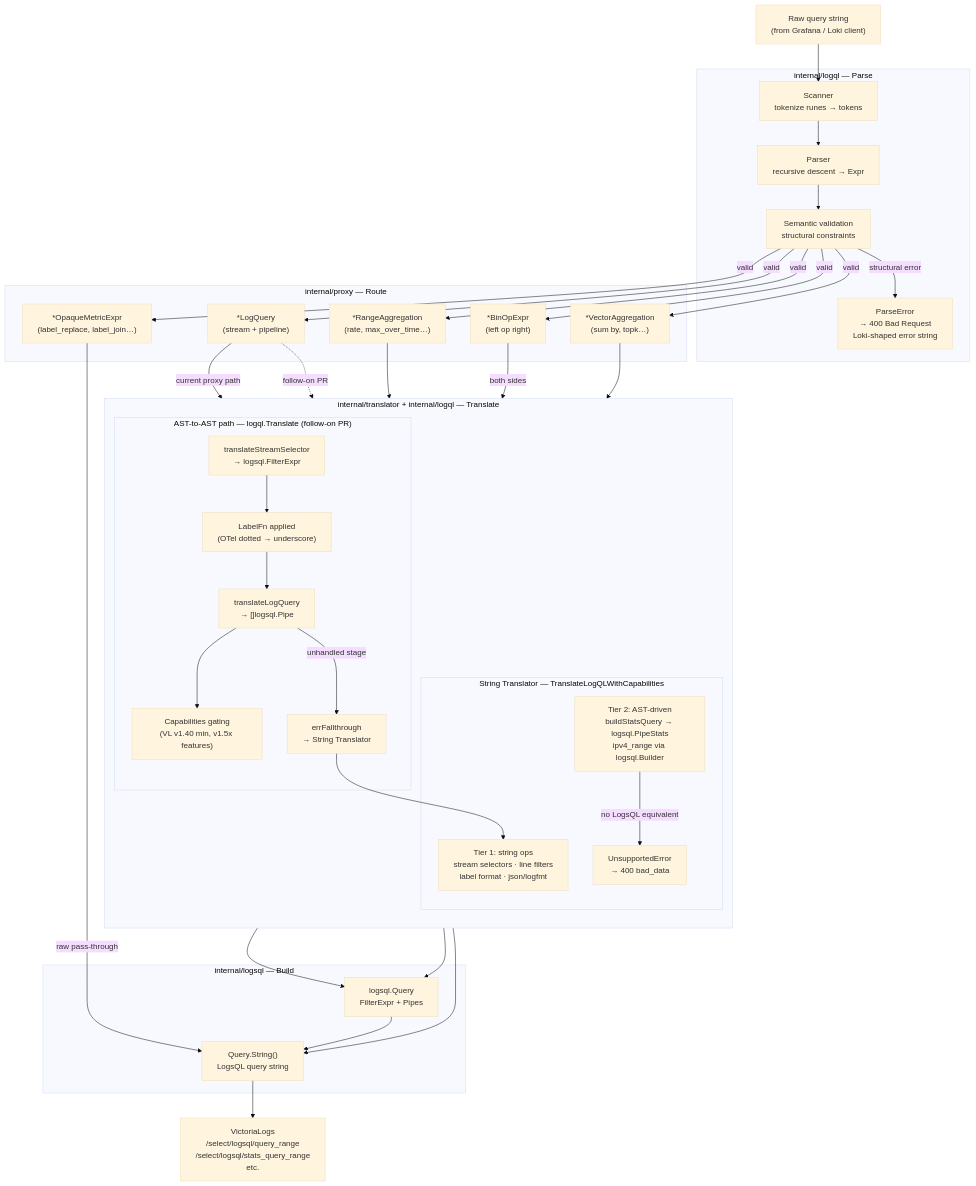
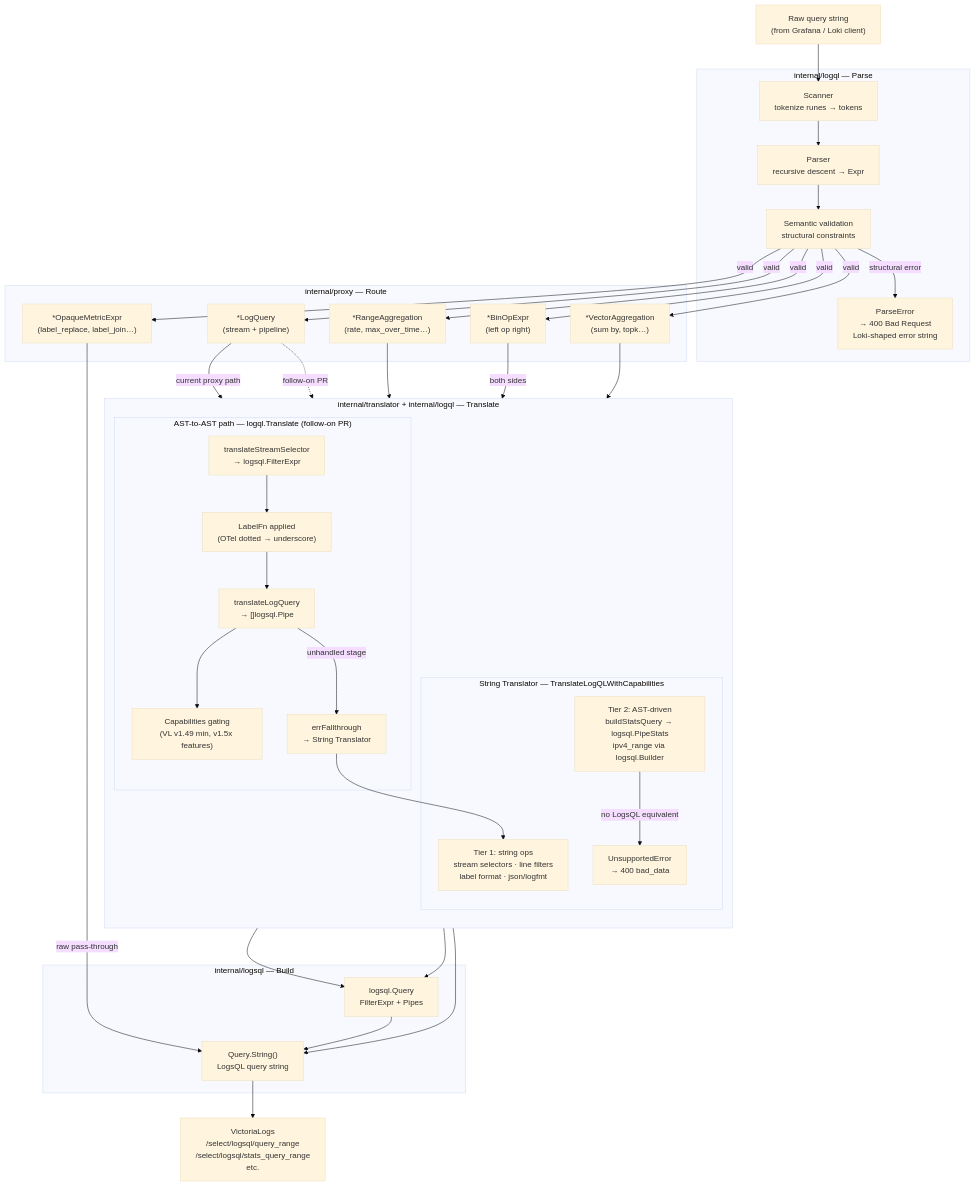
One commit to ReliablyObserve/loki-vl-proxy changed the first of 3 diagrams in docs/logql-parser.md. Above: the diagram before and after it, drawn with Mermaid (base theme). The commit also changed 10 other files, not shown here.

````diff
--- a/docs/logql-parser.md
+++ b/docs/logql-parser.md
@@ -34,66 +34,66 @@
 ```mermaid
 flowchart TD
     Q["Raw query string\n(from Grafana / Loki client)"]
 
     subgraph Parse["internal/logql — Parse"]
         SC["Scanner\ntokenize runes → tokens"]
         PA["Parser\nrecursive descent → Expr"]
         SE["Semantic validation\nstructural constraints"]
         PARSE_ERR["ParseError\n→ 400 Bad Request\nLoki-shaped error string"]
     end
 
     subgraph Route["internal/proxy — Route"]
         LQ["*LogQuery\n(stream + pipeline)"]
         RA["*RangeAggregation\n(rate, max_over_time…)"]
         BE["*BinOpExpr\n(left op right)"]
         OM["*OpaqueMetricExpr\n(label_replace, label_join…)"]
         VA["*VectorAggregation\n(sum by, topk…)"]
     end
 
     subgraph Translate["internal/translator + internal/logql — Translate"]
         direction TB
         subgraph AST["AST-to-AST path — logql.Translate (follow-on PR)"]
             SS["translateStreamSelector\n→ logsql.FilterExpr"]
             PIPE_STAGES["translateLogQuery\n→ []logsql.Pipe"]
             LABEL_FN["LabelFn applied\n(OTel dotted → underscore)"]
-            CAPS_GATE["Capabilities gating\n(VL v1.40 min, v1.5x features)"]
+            CAPS_GATE["Capabilities gating\n(VL v1.49 min, v1.5x features)"]
             FT["errFallthrough\n→ String Translator"]
         end
         subgraph STR["String Translator — TranslateLogQLWithCapabilities"]
             T1["Tier 1: string ops\nstream selectors · line filters\nlabel format · json/logfmt"]
             T2["Tier 2: AST-driven\nbuildStatsQuery → logsql.PipeStats\nipv4_range via logsql.Builder"]
             UNSUP["UnsupportedError\n→ 400 bad_data"]
         end
     end
 
     subgraph Build["internal/logsql — Build"]
         LSQL_AST["logsql.Query\nFilterExpr + Pipes"]
         LSQL_STR["Query.String()\nLogsQL query string"]
     end
 
     VL["VictoriaLogs\n/select/logsql/query_range\n/select/logsql/stats_query_range\netc."]
 
     Q --> SC --> PA --> SE
     SE -->|"structural error"| PARSE_ERR
     SE -->|"valid"| LQ
     SE -->|"valid"| RA
     SE -->|"valid"| BE
     SE -->|"valid"| OM
     SE -->|"valid"| VA
 
     LQ -->|"current proxy path"| T1
     LQ -.->|"follow-on PR"| SS
     SS --> LABEL_FN --> PIPE_STAGES --> CAPS_GATE --> LSQL_AST
     PIPE_STAGES -->|"unhandled stage"| FT --> T1
 
     RA --> T2
     BE -->|"both sides"| T1
     VA --> T2
     OM -->|"raw pass-through"| LSQL_STR
 
     T1 --> LSQL_STR
     T2 --> LSQL_AST --> LSQL_STR
     T2 -->|"no LogsQL equivalent"| UNSUP
 
     LSQL_STR --> VL
 ```
````
